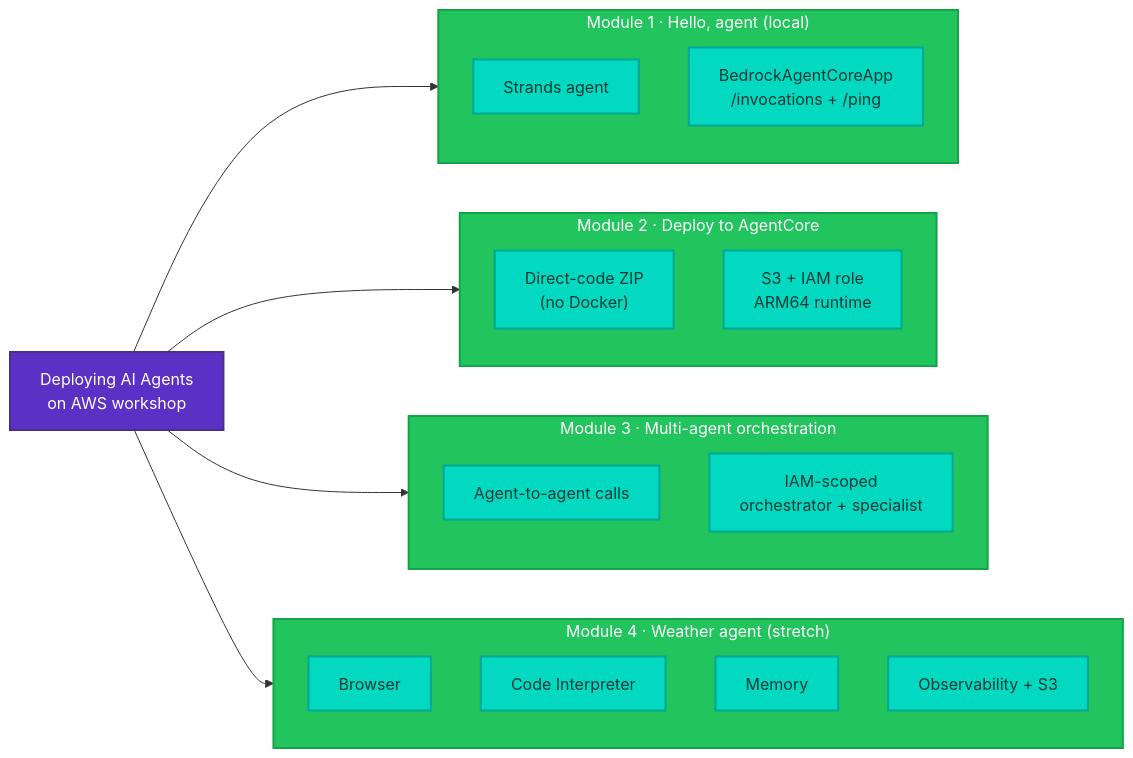
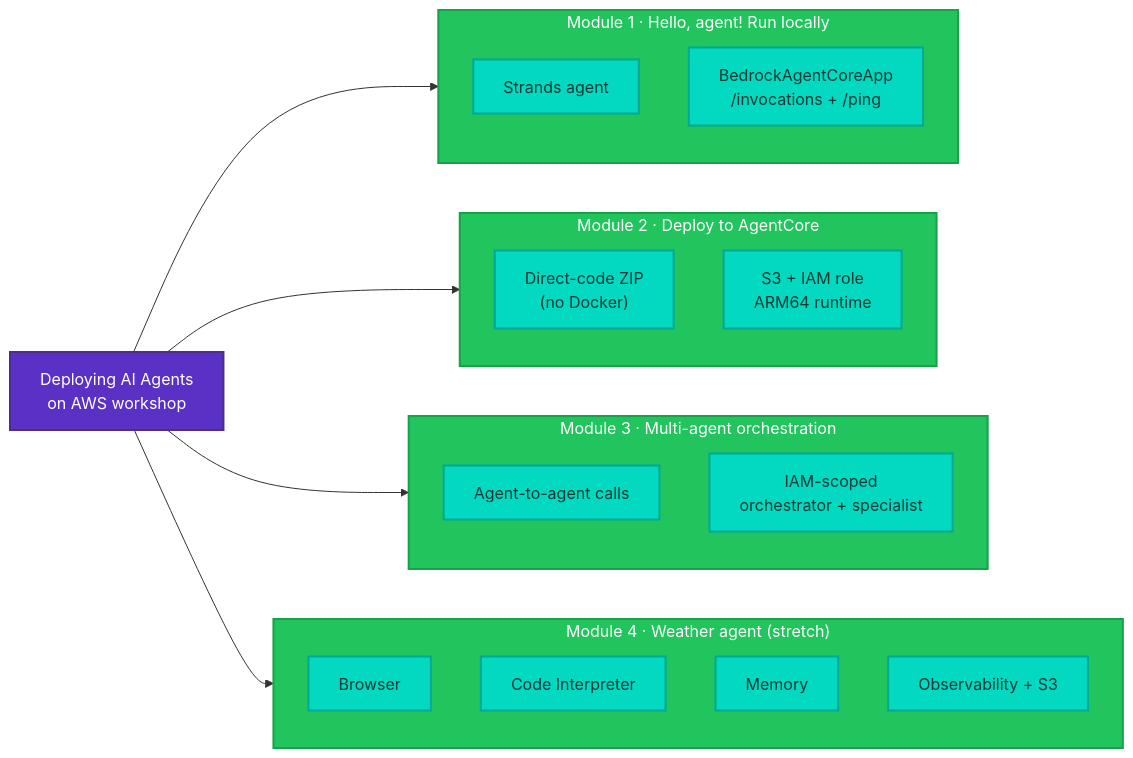
Before and after one commit to dirien/pulumi-ai-aws-bedrock-workshop: the diagram in index.md, drawn with Mermaid. The commit also changed other lines of this file and 4 other files, not shown here.

First line of the commit message:
docs(module-1): retitle to 'Hello, agent! Run locally'

````diff
--- a/index.md
+++ b/index.md
@@ -14,51 +14,51 @@
 ```mermaid
 flowchart LR
     W["Deploying AI Agents<br/>on AWS workshop"]
 
     W --> M1
     W --> M2
     W --> M3
     W --> M4
 
-    subgraph M1["Module 1 · Hello, agent (local)"]
+    subgraph M1["Module 1 · Hello, agent! Run locally"]
         direction TB
         F1["Strands agent"]
         F2["BedrockAgentCoreApp<br/>/invocations + /ping"]
     end
 
     subgraph M2["Module 2 · Deploy to AgentCore"]
         direction TB
         F3["Direct-code ZIP<br/>(no Docker)"]
         F4["S3 + IAM role<br/>ARM64 runtime"]
     end
 
     subgraph M3["Module 3 · Multi-agent orchestration"]
         direction TB
         F5["Agent-to-agent calls"]
         F6["IAM-scoped<br/>orchestrator + specialist"]
     end
 
     subgraph M4["Module 4 · Weather agent (stretch)"]
         direction TB
         F7["Browser"]
         F8["Code Interpreter"]
         F9["Memory"]
         F10["Observability + S3"]
     end
 
     style W fill:#5a30c5,color:#fff,stroke:#492e8e,stroke-width:2px
     style M1 fill:#21c45d,color:#fff,stroke:#16a249,stroke-width:2px
     style M2 fill:#21c45d,color:#fff,stroke:#16a249,stroke-width:2px
     style M3 fill:#21c45d,color:#fff,stroke:#16a249,stroke-width:2px
     style M4 fill:#21c45d,color:#fff,stroke:#16a249,stroke-width:2px
     style F1 fill:#02d9c0,color:#0a3a36,stroke:#00a896,stroke-width:2px
     style F2 fill:#02d9c0,color:#0a3a36,stroke:#00a896,stroke-width:2px
     style F3 fill:#02d9c0,color:#0a3a36,stroke:#00a896,stroke-width:2px
     style F4 fill:#02d9c0,color:#0a3a36,stroke:#00a896,stroke-width:2px
     style F5 fill:#02d9c0,color:#0a3a36,stroke:#00a896,stroke-width:2px
     style F6 fill:#02d9c0,color:#0a3a36,stroke:#00a896,stroke-width:2px
     style F7 fill:#02d9c0,color:#0a3a36,stroke:#00a896,stroke-width:2px
     style F8 fill:#02d9c0,color:#0a3a36,stroke:#00a896,stroke-width:2px
     style F9 fill:#02d9c0,color:#0a3a36,stroke:#00a896,stroke-width:2px
     style F10 fill:#02d9c0,color:#0a3a36,stroke:#00a896,stroke-width:2px
 ```
````
